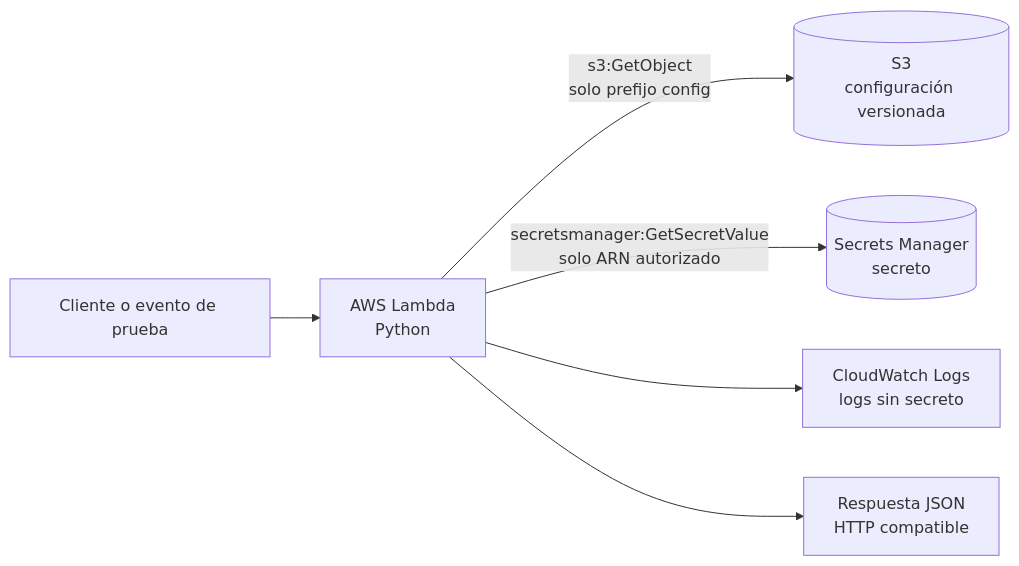
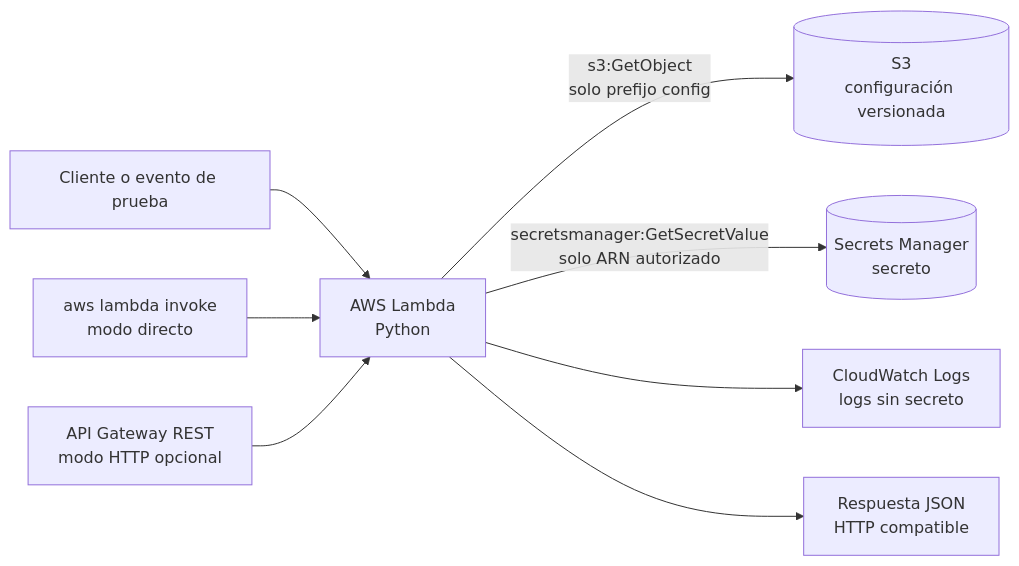
One commit to VanGoMu/lamda-cicd changed the first of 3 diagrams in README.md. Above: the diagram before and after it, drawn with Mermaid. The commit also changed other lines of this file and 4 other files, not shown here.

````diff
--- a/README.md
+++ b/README.md
@@ -20,8 +31,10 @@
 ```mermaid
 flowchart LR
     User[Cliente o evento de prueba] --> Lambda[AWS Lambda\nPython]
     Lambda -->|s3:GetObject\nsolo prefijo config| Config[(S3\nconfiguración versionada)]
     Lambda -->|secretsmanager:GetSecretValue\nsolo ARN autorizado| Secret[(Secrets Manager\nsecreto)]
     Lambda --> Logs[CloudWatch Logs\nlogs sin secreto]
     Lambda --> Response[Respuesta JSON\nHTTP compatible]
+    Direct[aws lambda invoke\nmodo directo] --> Lambda
+    Api[API Gateway REST\nmodo HTTP opcional] --> Lambda
 ```
````
